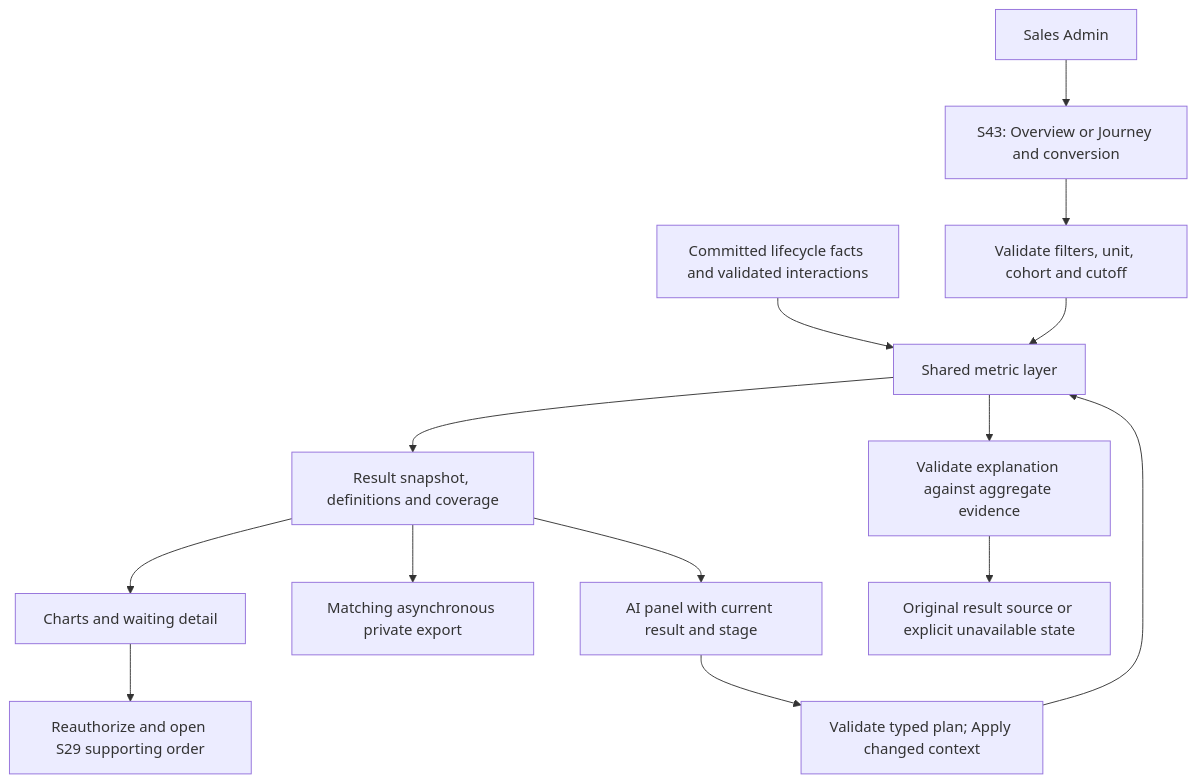
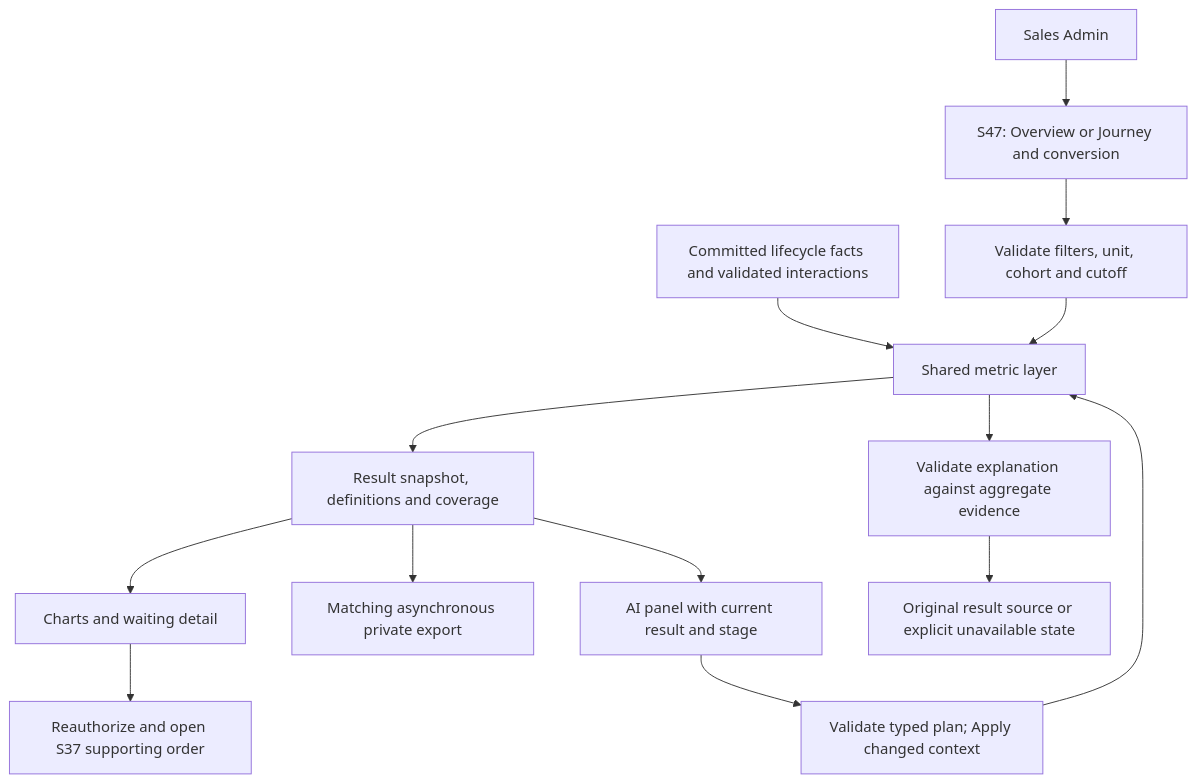
Before and after one commit to ankhanhwork/weavelink-project: the second of 2 diagrams in docs/spec/docs/architecture/usage-flow.md, drawn with Mermaid. The commit also changed other lines of this file and 235 other files, not shown here.

````diff
--- a/docs/spec/docs/architecture/usage-flow.md
+++ b/docs/spec/docs/architecture/usage-flow.md
@@ -68,16 +65,16 @@
 ```mermaid
 flowchart TD
-    Admin[Sales Admin] --> Dashboard[S43: Overview or Journey and conversion]
+    Admin[Sales Admin] --> Dashboard[S47: Overview or Journey and conversion]
     Facts[Committed lifecycle facts and validated interactions] --> Metric[Shared metric layer]
     Dashboard --> Context[Validate filters, unit, cohort and cutoff]
     Context --> Metric
     Metric --> Result[Result snapshot, definitions and coverage]
     Result --> Charts[Charts and waiting detail]
-    Charts --> Record[Reauthorize and open S29 supporting order]
+    Charts --> Record[Reauthorize and open S37 supporting order]
     Result --> Export[Matching asynchronous private export]
     Result --> Prompt[AI panel with current result and stage]
     Prompt --> Plan[Validate typed plan; Apply changed context]
     Plan --> Metric
     Metric --> Answer[Validate explanation against aggregate evidence]
     Answer --> Source[Original result source or explicit unavailable state]
 ```
````
